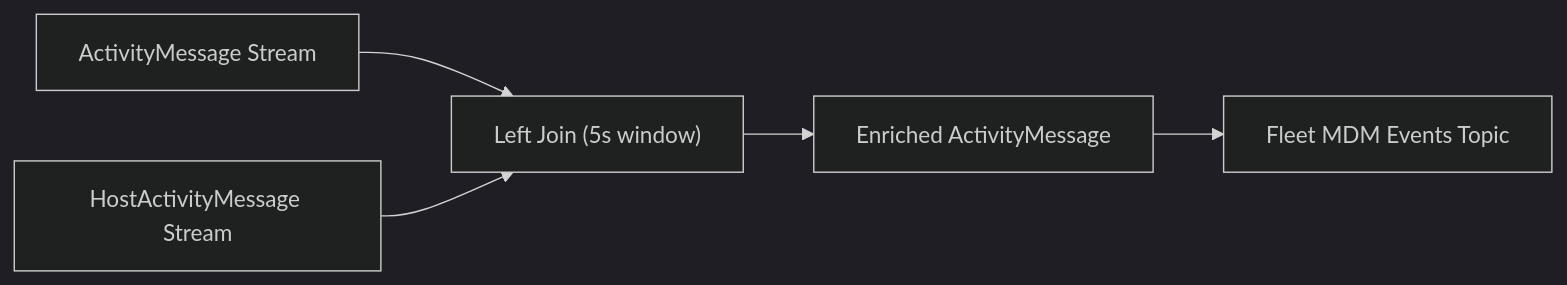
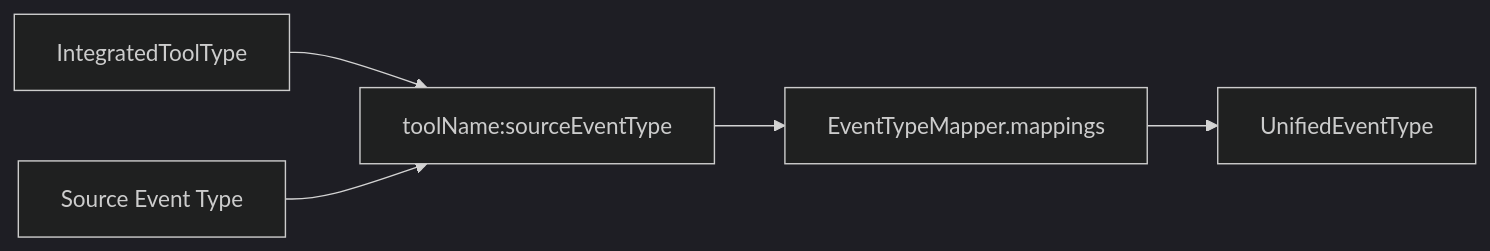
The third of 7 diagrams in docs/reference/architecture/stream-processing-core/stream-processing-core.md (flamingo-stack/openframe-oss-lib), drawn with Mermaid (dark theme) before and after one commit. The commit also changed other lines of this file and 172 other files, not shown here.

````diff
--- a/docs/reference/architecture/stream-processing-core/stream-processing-core.md
+++ b/docs/reference/architecture/stream-processing-core/stream-processing-core.md
@@ -149,7 +116,7 @@
 ```mermaid
 flowchart LR
-    Activities["ActivityMessage Stream"] --> Join
-    HostActivities["HostActivityMessage Stream"] --> Join
-    Join["Left Join (5s window)"] --> Enriched["Enriched ActivityMessage"]
-    Enriched --> OutputTopic["Fleet MDM Events Topic"]
+    ToolType["IntegratedToolType"] --> KeyBuilder["toolName:sourceEventType"]
+    SourceType["Source Event Type"] --> KeyBuilder
+    KeyBuilder --> Lookup["EventTypeMapper.mappings"]
+    Lookup --> Unified["UnifiedEventType"]
 ```
````
